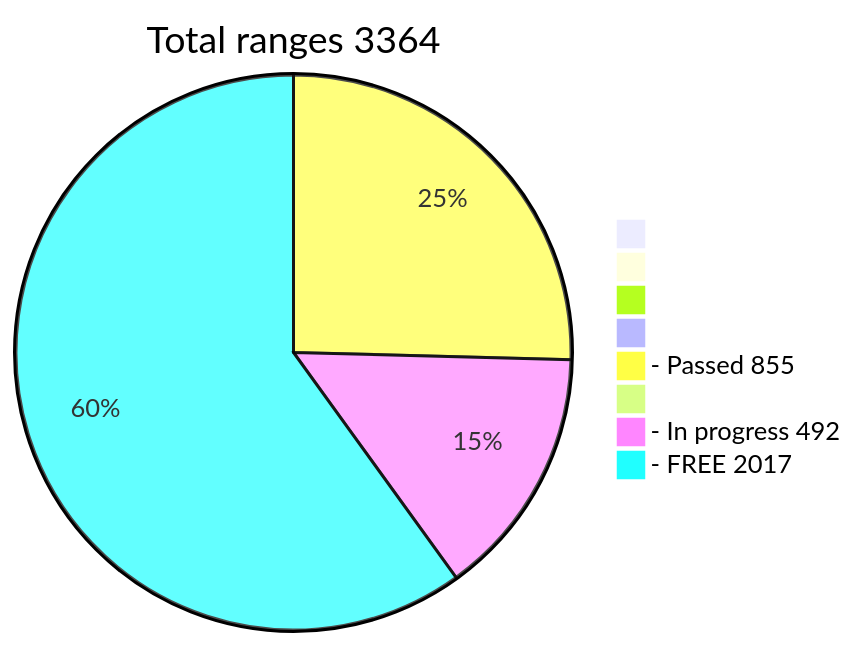
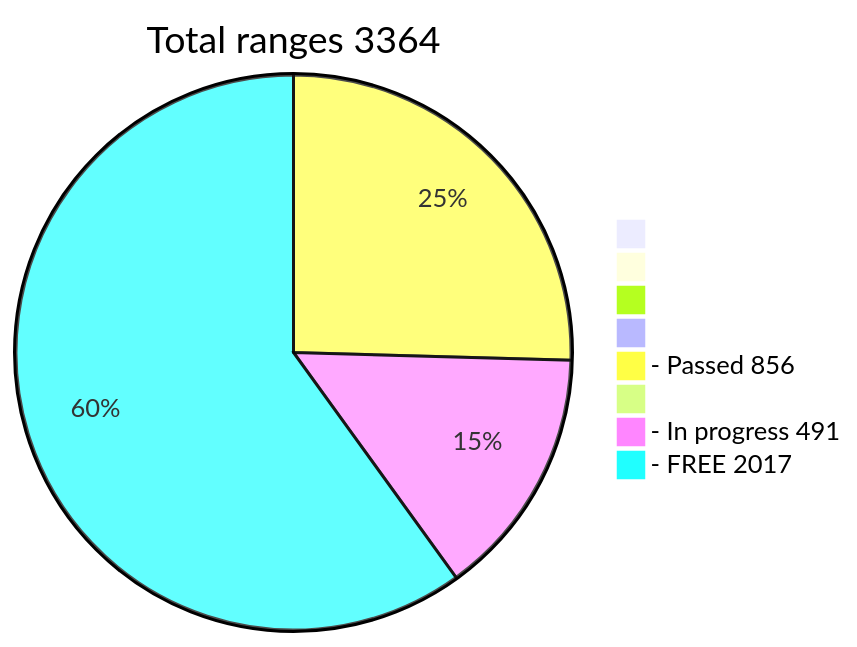
The diagram in README.md (phrutis/wif500), drawn with Mermaid before and after one commit.

````diff
--- a/README.md
+++ b/README.md
@@ -16,11 +16,11 @@
 ```mermaid
 pie title Total ranges 3364
              " " : 0
             "  " : 0
            "   " : 0
           "    " : 0
-  "- Passed 855" : 855
+  "- Passed 856" : 856
          "     " : 0
-  "- In progress 492" : 492
+  "- In progress 491" : 491
    "- FREE 2017" : 2017
 ```
````
